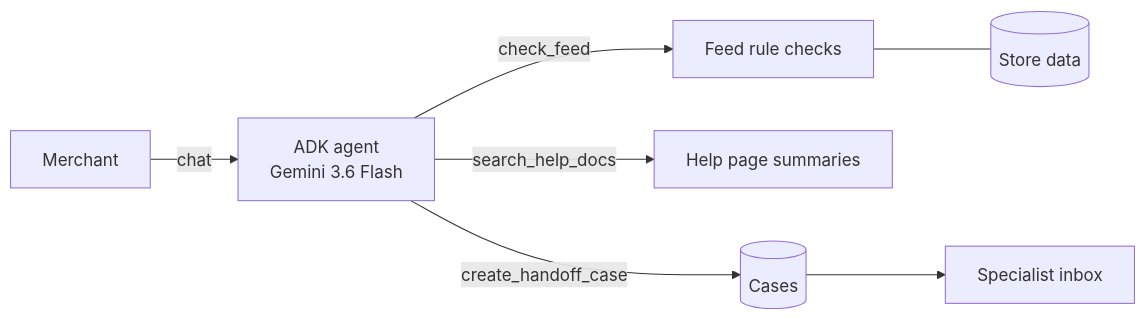
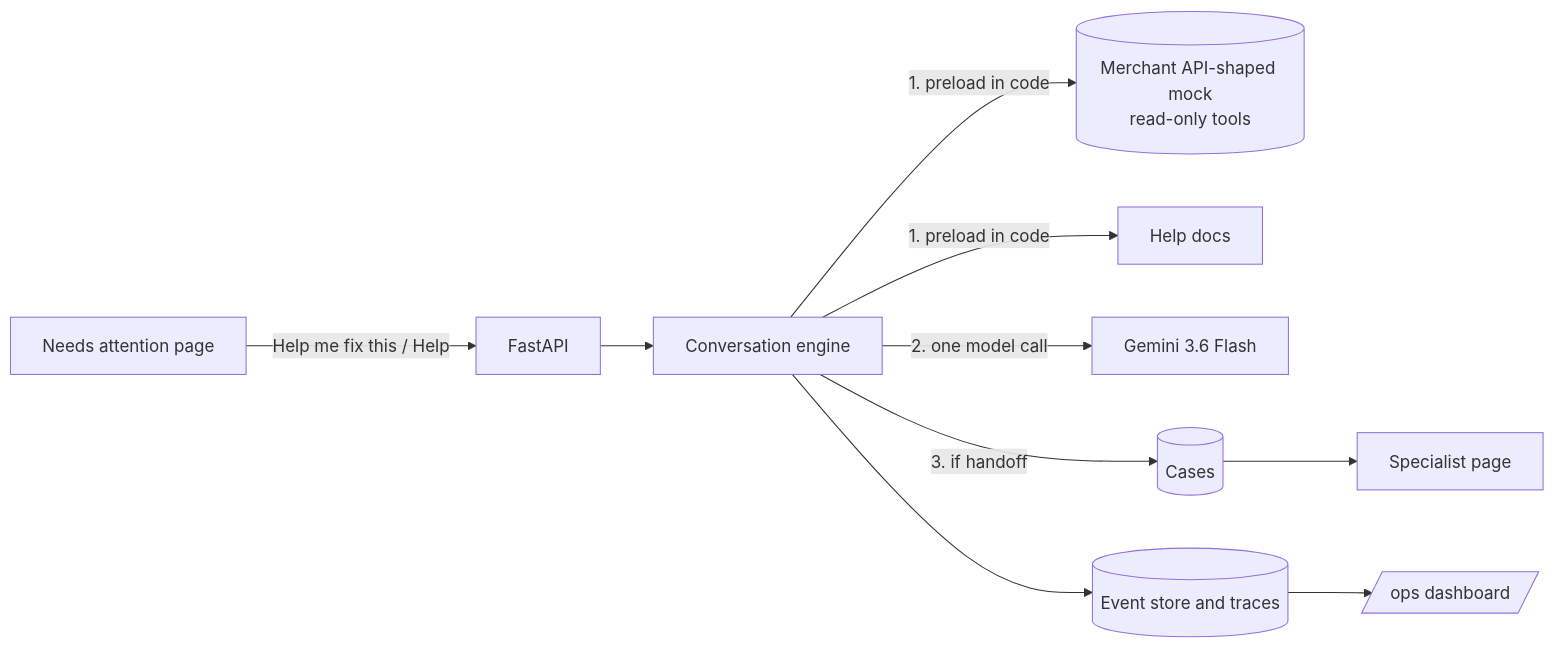
Before and after one commit to BishopSlice/merchant-support-agent: the diagram in README.md, drawn with Mermaid. The commit also changed other lines of this file and 16 other files, not shown here.

First line of the commit message:
Task 23 write-up: v2 results, README, business case and responsible AI page

````diff
--- a/README.md
+++ b/README.md
@@ -44,9 +67,11 @@
 ```mermaid
 flowchart LR
-  M[Merchant] -->|chat| A[ADK agent<br/>Gemini 3.6 Flash]
-  A -->|check_feed| F[Feed rule checks]
-  A -->|search_help_docs| H[Help page summaries]
-  A -->|create_handoff_case| C[(Cases)]
-  C --> S[Specialist inbox]
-  F --- D[(Store data)]
+  P[Needs attention page] -->|Help me fix this / Help| API[FastAPI]
+  API --> E[Conversation engine]
+  E -->|1. preload in code| D[(Merchant API-shaped mock<br/>read-only tools)]
+  E -->|1. preload in code| H[Help docs]
+  E -->|2. one model call| G[Gemini 3.6 Flash]
+  E -->|3. if handoff| C[(Cases)]
+  C --> S[Specialist page]
+  E --> O[(Event store and traces)] --> OPS[/ops dashboard/]
 ```
````
